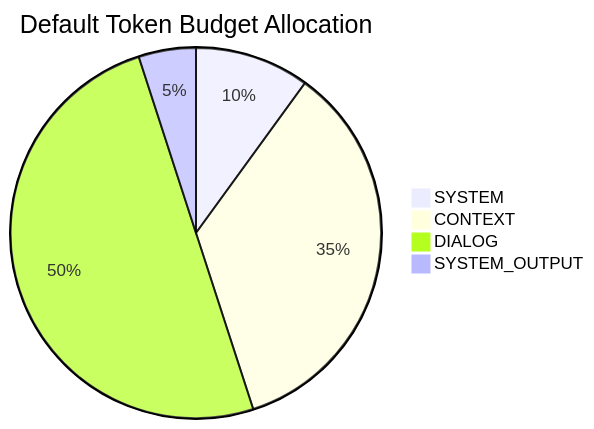
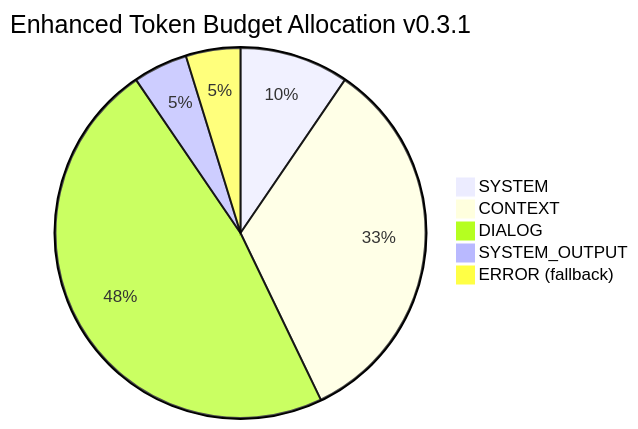
Before and after one commit to Maximooch/penguin: the first of 3 diagrams in docs/docs/system/context-window.md, drawn with Mermaid. The commit also changed other lines of this file and 6 other files, not shown here.

````diff
--- a/docs/docs/system/context-window.md
+++ b/docs/docs/system/context-window.md
@@ -26,7 +35,8 @@
 ```mermaid
-pie title Default Token Budget Allocation
+pie title Enhanced Token Budget Allocation v0.3.1
     "SYSTEM" : 10
     "CONTEXT" : 35
     "DIALOG" : 50
     "SYSTEM_OUTPUT" : 5
+    "ERROR (fallback)" : 5
 ```
````
